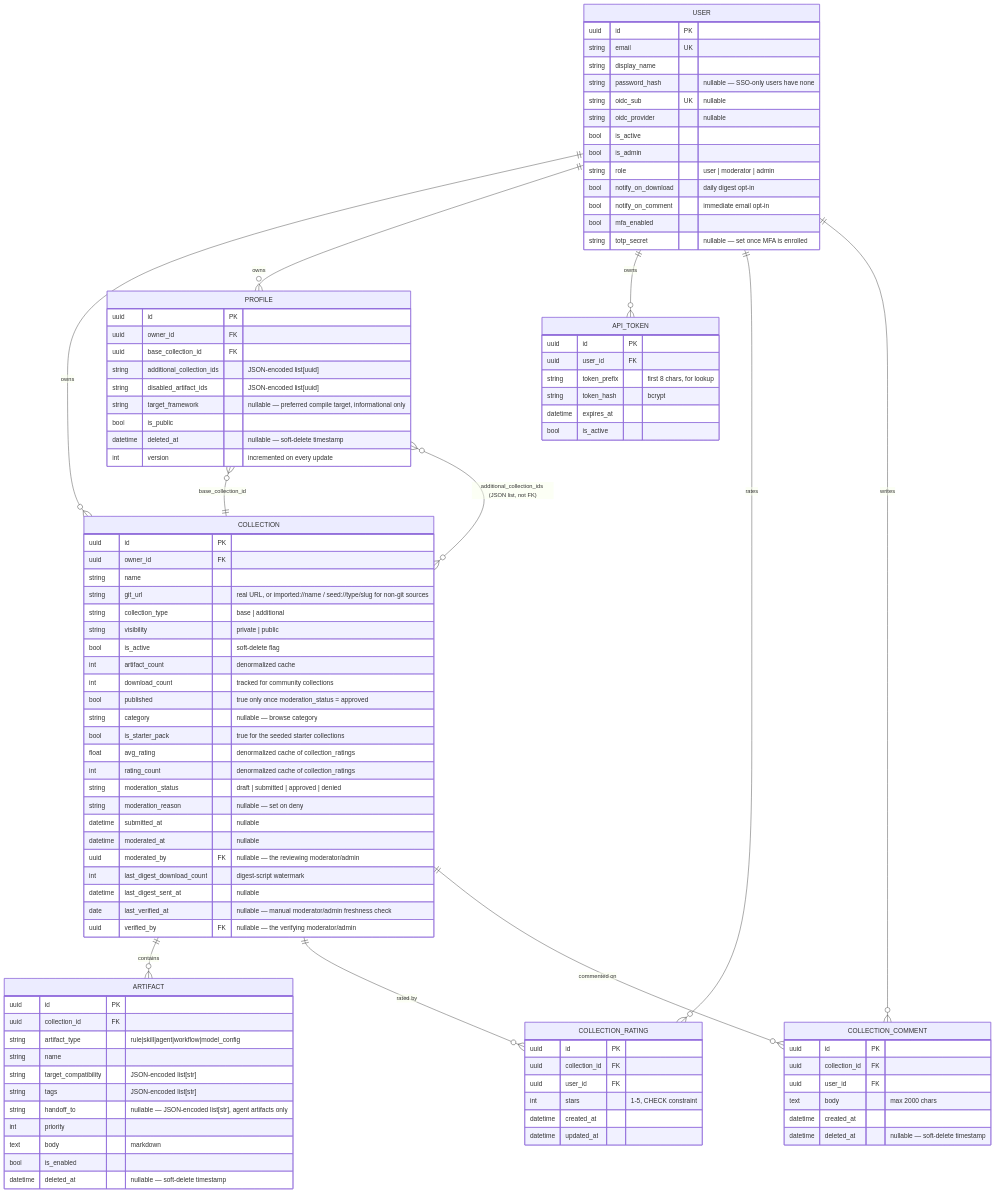
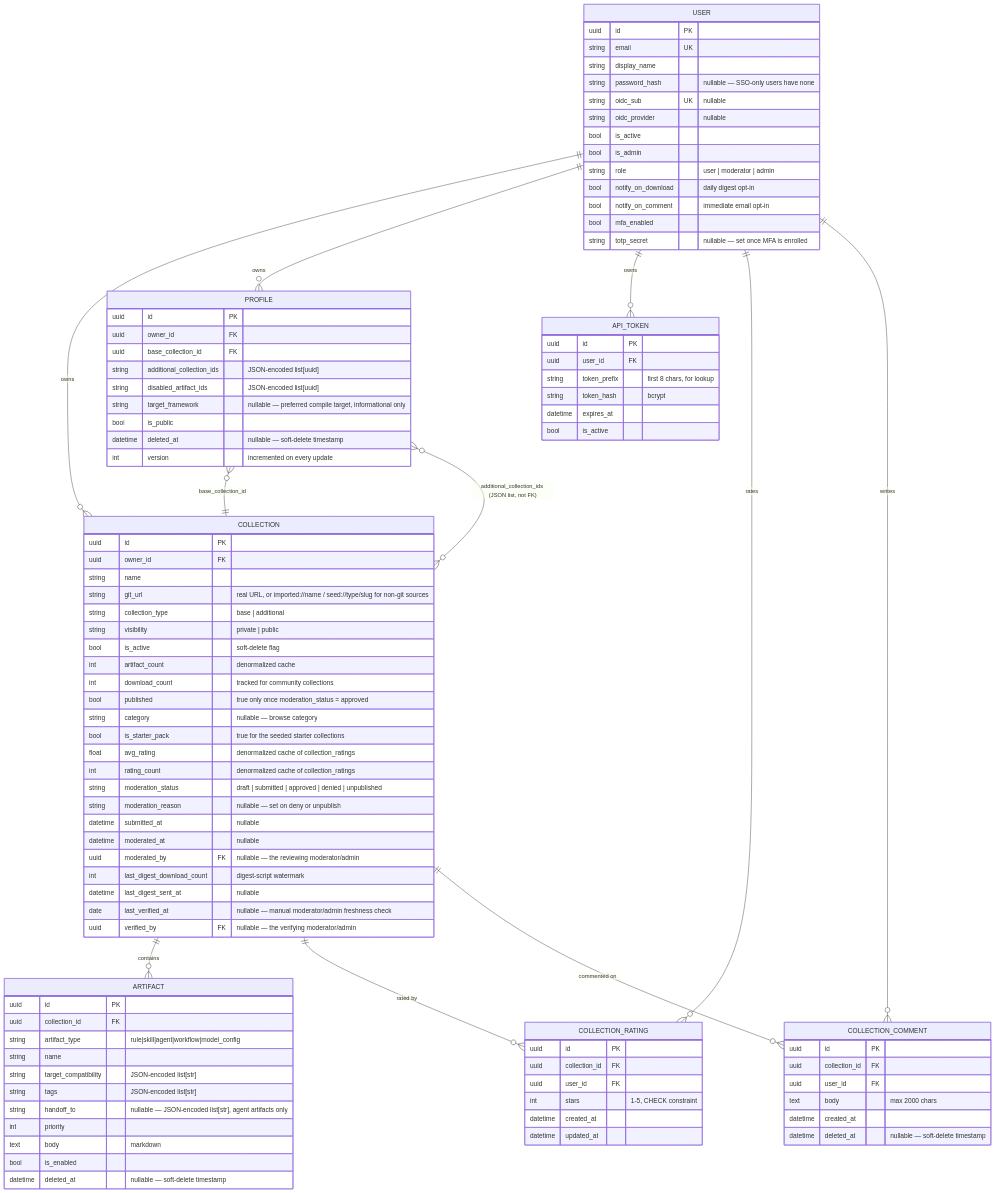
One commit to niels-emmer/myace changed the diagram in docs/data-model.md. Above: the diagram before and after it, drawn with Mermaid. The commit also changed other lines of this file and 14 other files, not shown here.

First line of the commit message:
feat: let owners and moderators unpublish approved collections

```diff
--- a/docs/data-model.md
+++ b/docs/data-model.md
@@ -49,8 +49,8 @@
         bool is_starter_pack "true for the seeded starter collections"
         float avg_rating "denormalized cache of collection_ratings"
         int rating_count "denormalized cache of collection_ratings"
-        string moderation_status "draft | submitted | approved | denied"
-        string moderation_reason "nullable — set on deny"
+        string moderation_status "draft | submitted | approved | denied | unpublished"
+        string moderation_reason "nullable — set on deny or unpublish"
         datetime submitted_at "nullable"
         datetime moderated_at "nullable"
         uuid moderated_by FK "nullable — the reviewing moderator/admin"
```
